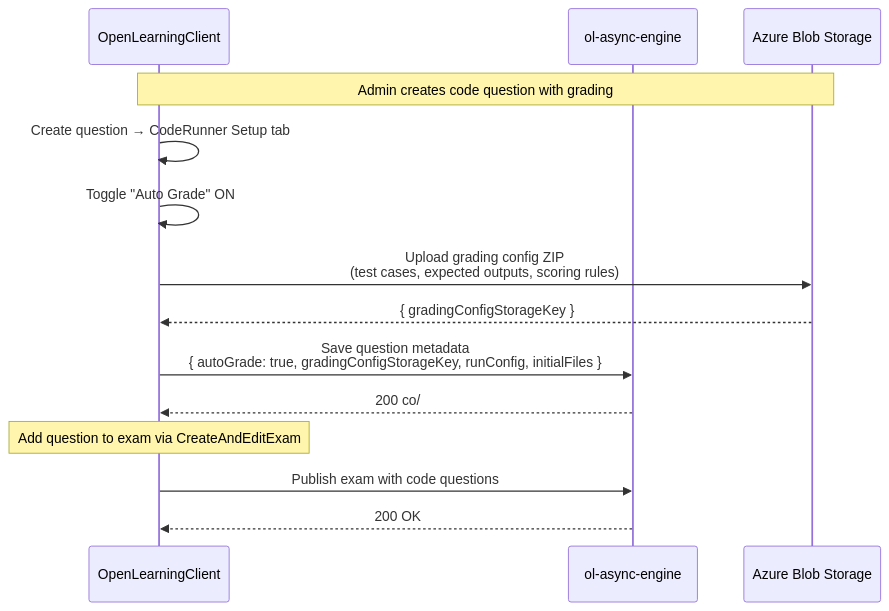
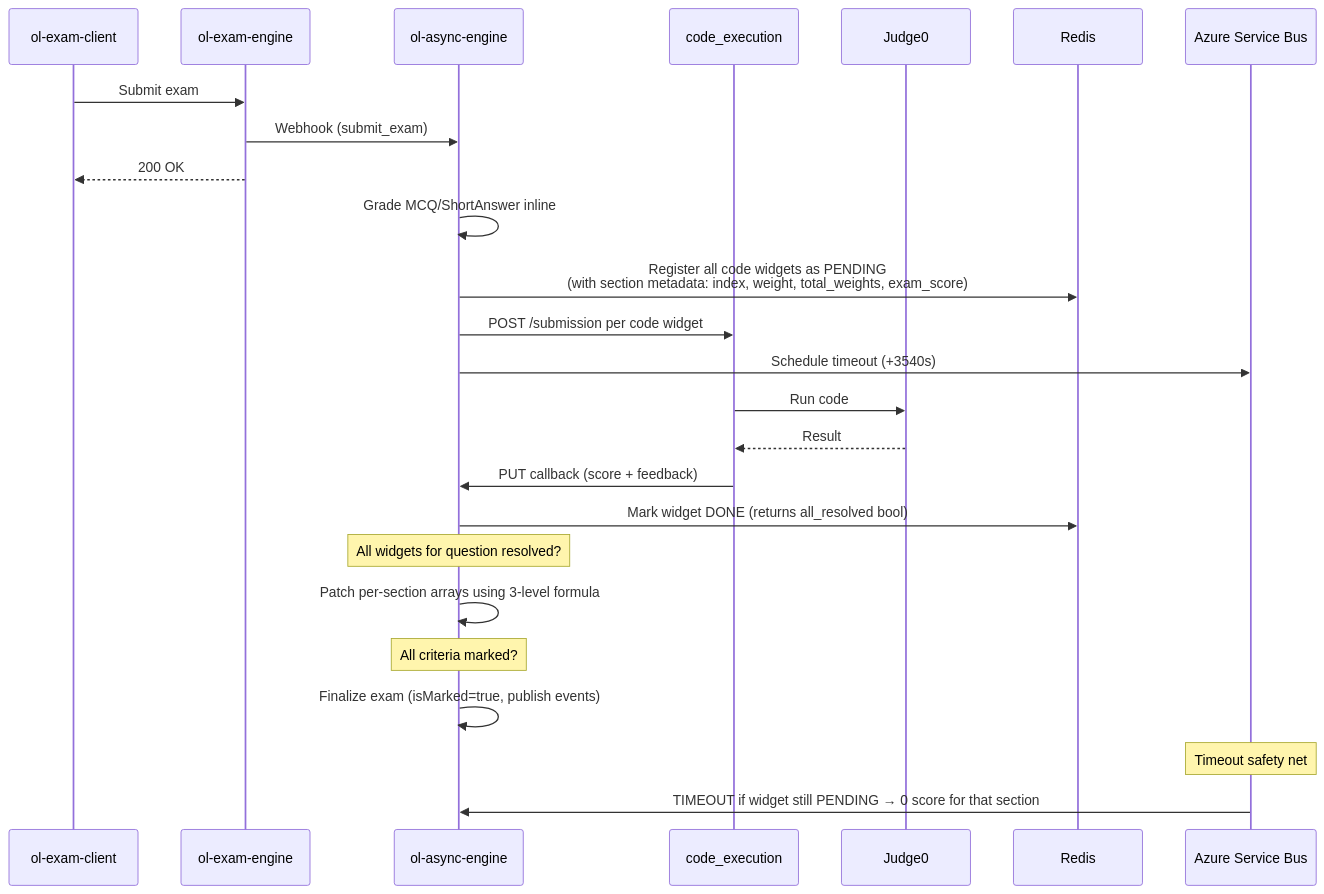
One commit to kevinprakasa/ol-pi-setup changed the diagram in plans/plan.md. Above: the diagram before and after it, drawn with Mermaid. The commit also changed other lines of this file and 5 other files, not shown here.

````diff
--- a/plans/plan.md
+++ b/plans/plan.md
@@ -128,19 +50,32 @@
 ```mermaid
 sequenceDiagram
-    participant Admin as OpenLearningClient
-    participant OLEngine as ol-async-engine
-    participant Storage as Azure Blob Storage
+    participant Student as ol-exam-client
+    participant ExamEngine as ol-exam-engine
+    participant AsyncEngine as ol-async-engine
+    participant CodeExec as code_execution
+    participant Judge0
+    participant Redis
+    participant ServiceBus as Azure Service Bus
 
-    Note over Admin,Storage: Admin creates code question with grading
+    Student->>ExamEngine: Submit exam
+    ExamEngine->>AsyncEngine: Webhook (submit_exam)
+    ExamEngine-->>Student: 200 OK
 
-    Admin->>Admin: Create question → CodeRunner Setup tab
-    Admin->>Admin: Toggle "Auto Grade" ON
-    Admin->>Storage: Upload grading config ZIP<br/>(test cases, expected outputs, scoring rules)
-    Storage-->>Admin: { gradingConfigStorageKey }
-    Admin->>OLEngine: Save question metadata<br/>{ autoGrade: true, gradingConfigStorageKey, runConfig, initialFiles }
-    OLEngine-->>Admin: 200 co/
+    AsyncEngine->>AsyncEngine: Grade MCQ/ShortAnswer inline
+    AsyncEngine->>Redis: Register all code widgets as PENDING<br/>(with section metadata: index, weight, total_weights, exam_score)
+    AsyncEngine->>CodeExec: POST /submission per code widget
+    AsyncEngine->>ServiceBus: Schedule timeout (+3540s)
 
-    Note over Admin: Add question to exam via CreateAndEditExam
-    Admin->>OLEngine: Publish exam with code questions
-    OLEngine-->>Admin: 200 OK
+    CodeExec->>Judge0: Run code
+    Judge0-->>CodeExec: Result
+    CodeExec->>AsyncEngine: PUT callback (score + feedback)
+
+    AsyncEngine->>Redis: Mark widget DONE (returns all_resolved bool)
+    Note over AsyncEngine: All widgets for question resolved?
+    AsyncEngine->>AsyncEngine: Patch per-section arrays using 3-level formula
+    Note over AsyncEngine: All criteria marked?
+    AsyncEngine->>AsyncEngine: Finalize exam (isMarked=true, publish events)
+
+    Note over ServiceBus: Timeout safety net
+    ServiceBus->>AsyncEngine: TIMEOUT if widget still PENDING → 0 score for that section
 ```
````
